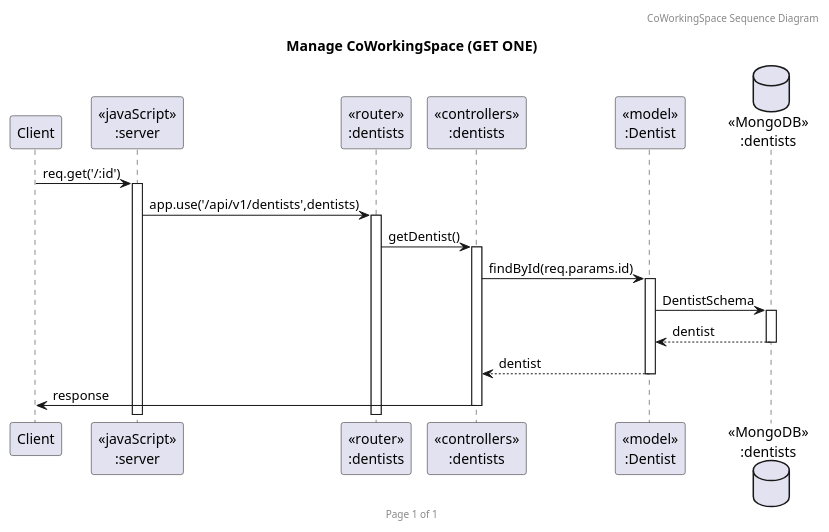
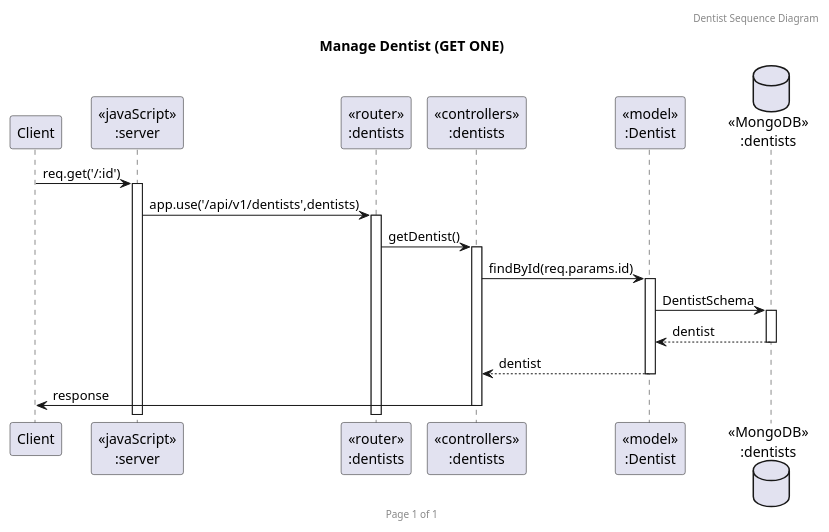
The diagram in SequenceDiagram/dentgetone.puml (2110503TACEDT66/presentation-day-1-privacy), drawn with PlantUML before and after one commit. The commit also changed 10 other files, not shown here.

```diff
--- a/SequenceDiagram/dentgetone.puml
+++ b/SequenceDiagram/dentgetone.puml
@@ -1,23 +1,23 @@
-@startuml Manage CoWorkingSpace (GET ONE)
+@startuml Manage Dentist (GET ONE)
 
-header CoWorkingSpace Sequence Diagram
+header Dentist Sequence Diagram
 footer Page %page% of %lastpage%
-title "Manage CoWorkingSpace (GET ONE)"
+title "Manage Dentist (GET ONE)"
 
 participant "Client" as client
 participant "<<javaScript>>\n:server" as server
 participant "<<router>>\n:dentists" as routerDentists
 participant "<<controllers>>\n:dentists" as controllersDentists
 participant "<<model>>\n:Dentist" as modelDentists
 database "<<MongoDB>>\n:dentists" as DentistsDatabase
 
 client->server ++:req.get('/:id')
 server->routerDentists ++:app.use('/api/v1/dentists',dentists)
 routerDentists -> controllersDentists ++:getDentist()
 controllersDentists->modelDentists ++:findById(req.params.id)
 modelDentists ->DentistsDatabase ++:DentistSchema
 DentistsDatabase --> modelDentists --:dentist
 controllersDentists <-- modelDentists --:dentist
 controllersDentists->client --:response
 
 @enduml
```
